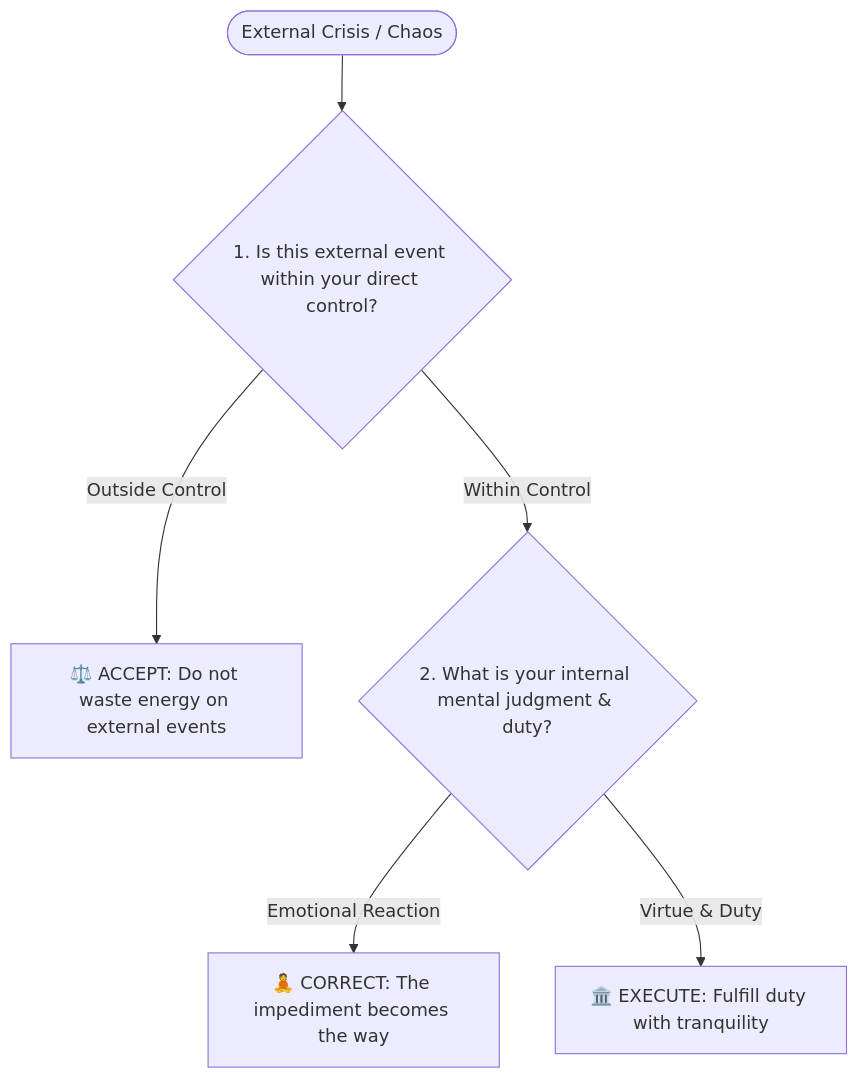
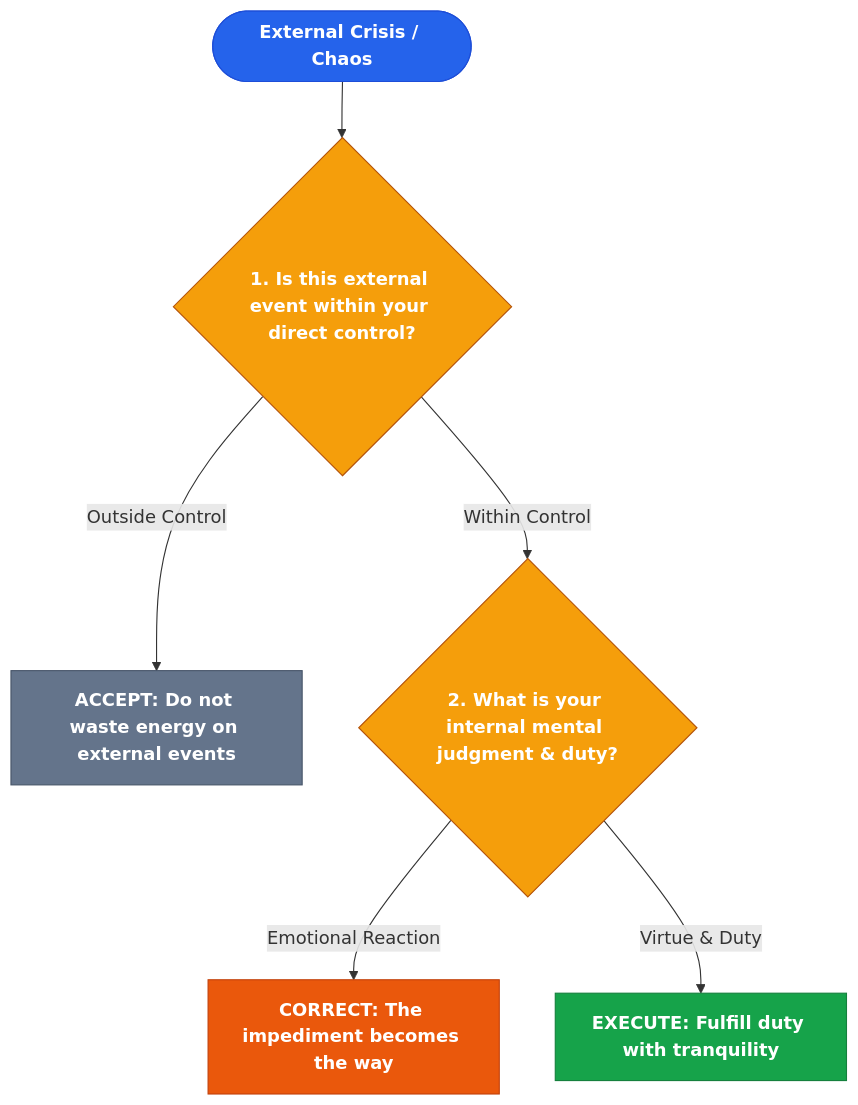
The diagram in profiles/marcus-aurelius.md (DOTfei/borrowed-brain-pro), drawn with Mermaid before and after one commit. The commit also changed 12 other files, not shown here.

````diff
--- a/profiles/marcus-aurelius.md
+++ b/profiles/marcus-aurelius.md
@@ -18,10 +18,16 @@
 ```mermaid
 flowchart TD
-    Crisis(["External Crisis / Chaos"]) --> SeparateControl{"1. Is this external event within your direct control?"}
-    
-    SeparateControl -->|Outside Control| Accept["⚖️ ACCEPT: Do not waste energy on external events"]
-    SeparateControl -->|Within Control| InternalResponse{"2. What is your internal mental judgment & duty?"}
-    
-    InternalResponse -->|Emotional Reaction| Correct["🧘 CORRECT: The impediment becomes the way"]
-    InternalResponse -->|Virtue & Duty| Execute["🏛️ EXECUTE: Fulfill duty with tranquility"]
+    Start(["External Crisis / Chaos"]):::start --> Q1{"1. Is this external event within your direct control?"}:::decision
+
+    Q1 -->|Outside Control| A1["ACCEPT: Do not waste energy on external events"]:::action
+    Q1 -->|Within Control| Q2{"2. What is your internal mental judgment & duty?"}:::decision
+
+    Q2 -->|Emotional Reaction| C1["CORRECT: The impediment becomes the way"]:::warning
+    Q2 -->|Virtue & Duty| E1["EXECUTE: Fulfill duty with tranquility"]:::success
+    classDef start fill:#2563eb,stroke:#1d4ed8,color:#ffffff,font-weight:bold
+    classDef decision fill:#f59e0b,stroke:#b45309,color:#ffffff,font-weight:bold
+    classDef success fill:#16a34a,stroke:#15803d,color:#ffffff,font-weight:bold
+    classDef danger fill:#dc2626,stroke:#b91c1c,color:#ffffff,font-weight:bold
+    classDef warning fill:#ea580c,stroke:#c2410c,color:#ffffff,font-weight:bold
+    classDef action fill:#64748b,stroke:#475569,color:#ffffff,font-weight:bold
 ```
````
